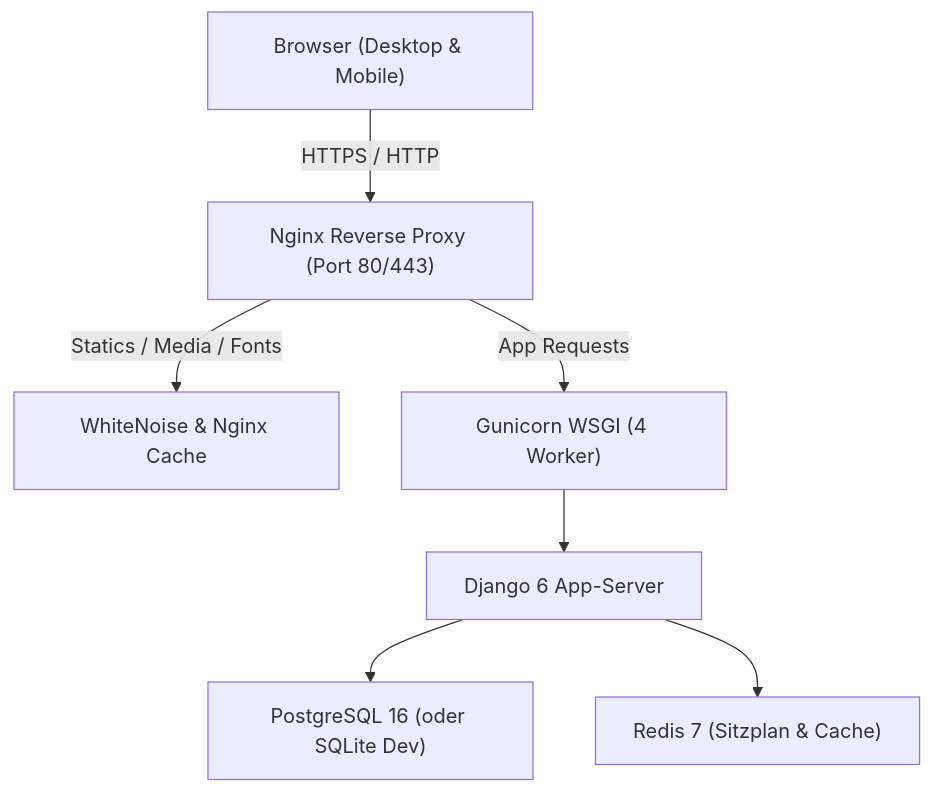
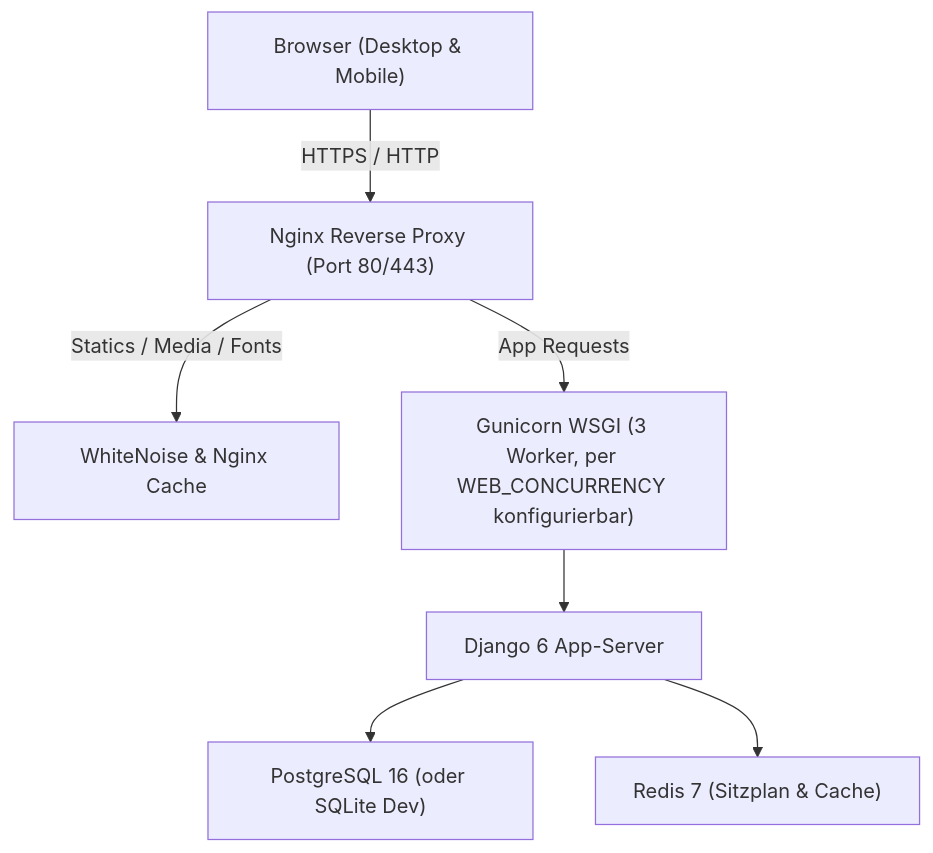
Before and after one commit to eschafellner/EntailsNG: the diagram in DEVELOPER_HANDOVER.md, drawn with Mermaid. The commit also changed other lines of this file and 27 other files, not shown here.

````diff
--- a/DEVELOPER_HANDOVER.md
+++ b/DEVELOPER_HANDOVER.md
@@ -29,9 +29,9 @@
 ```mermaid
 graph TD
     Client["Browser (Desktop & Mobile)"] -->|HTTPS / HTTP| Nginx["Nginx Reverse Proxy (Port 80/443)"]
     Nginx -->|Statics / Media / Fonts| StaticFiles["WhiteNoise & Nginx Cache"]
-    Nginx -->|App Requests| Gunicorn["Gunicorn WSGI (4 Worker)"]
+    Nginx -->|App Requests| Gunicorn["Gunicorn WSGI (3 Worker, per WEB_CONCURRENCY konfigurierbar)"]
     Gunicorn --> Django["Django 6 App-Server"]
     Django --> Postgres["PostgreSQL 16 (oder SQLite Dev)"]
     Django --> Redis["Redis 7 (Sitzplan & Cache)"]
 ```
````
